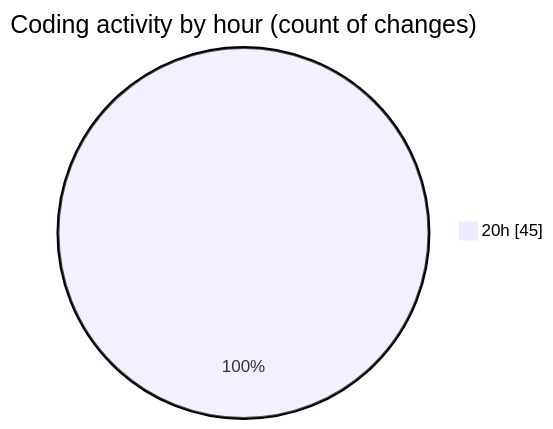
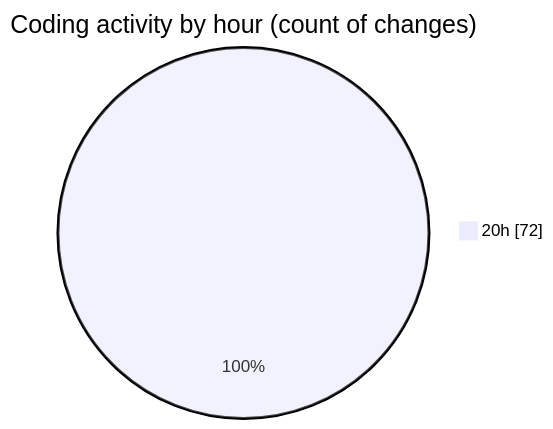
The second of 2 diagrams in 2025-07-26/javascript/README.md (Ritupan-Deka/code-tracking), drawn with Mermaid before and after one commit. The commit also changed other lines of this file and 1 other file, not shown here.

````diff
--- a/2025-07-26/javascript/README.md
+++ b/2025-07-26/javascript/README.md
@@ -28,5 +28,5 @@
 ```mermaid
 pie showData
 title Coding activity by hour (count of changes)
-"20h" : 45
+"20h" : 72
 ```
````
